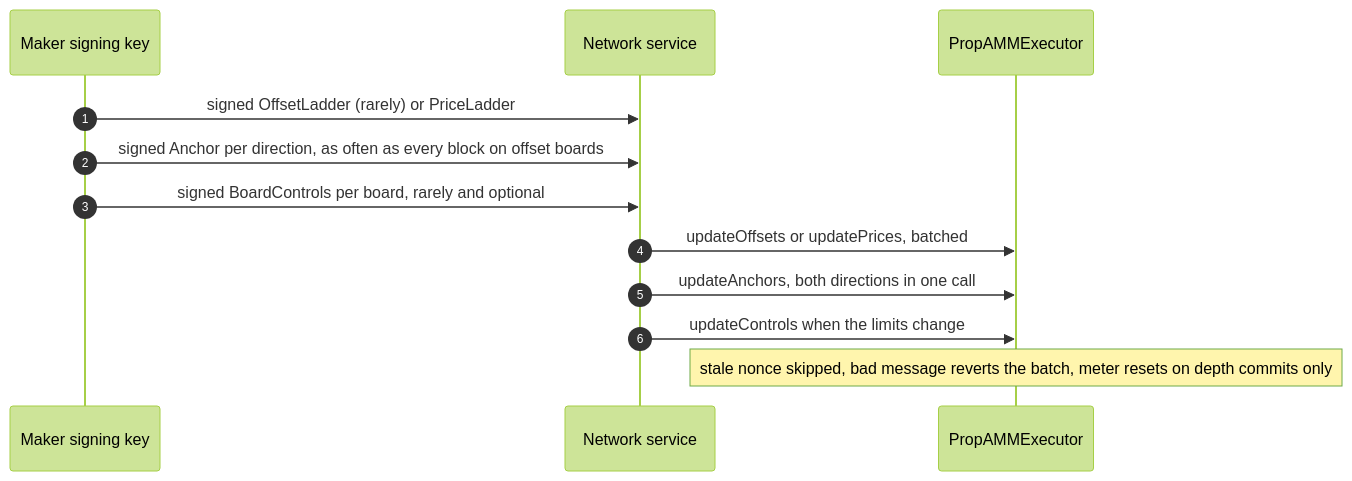
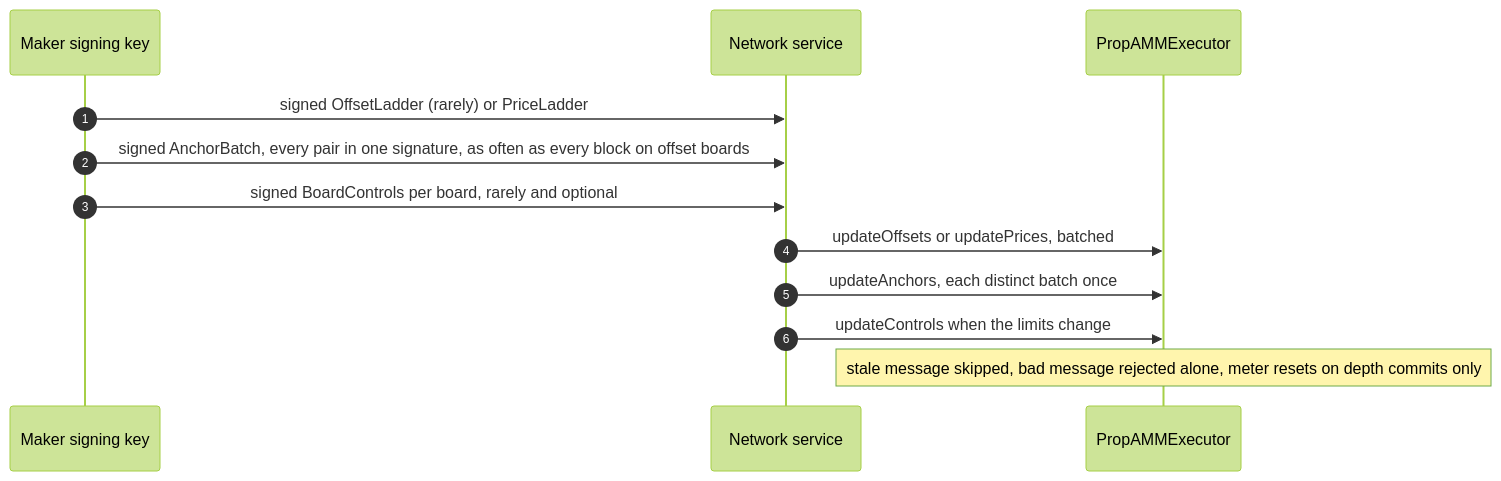
Before and after one commit to bcnmy/propamm-protocol-docs: the second of 4 diagrams in docs/architecture.md, drawn with Mermaid (forest theme). The commit also changed other lines of this file and 6 other files, not shown here.

````diff
--- a/docs/architecture.md
+++ b/docs/architecture.md
@@ -144,15 +147,15 @@
 ```mermaid
 sequenceDiagram
     autonumber
     participant M as Maker signing key
     participant N as Network service
     participant E as PropAMMExecutor
 
     M->>N: signed OffsetLadder (rarely) or PriceLadder
-    M->>N: signed Anchor per direction, as often as every block on offset boards
+    M->>N: signed AnchorBatch, every pair in one signature, as often as every block on offset boards
     M->>N: signed BoardControls per board, rarely and optional
     N->>E: updateOffsets or updatePrices, batched
-    N->>E: updateAnchors, both directions in one call
+    N->>E: updateAnchors, each distinct batch once
     N->>E: updateControls when the limits change
-    Note over E: stale nonce skipped, bad message reverts the batch, meter resets on depth commits only
+    Note over E: stale message skipped, bad message rejected alone, meter resets on depth commits only
 ```
````
